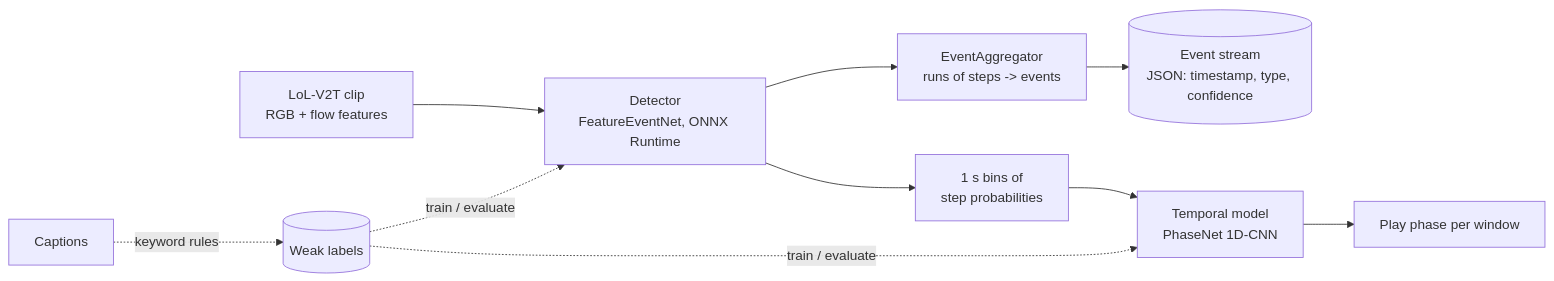
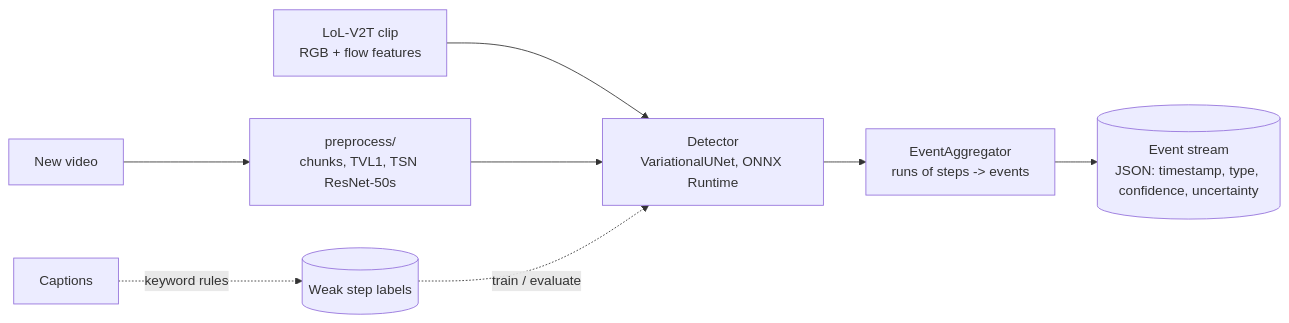
The diagram in docs/architecture.md (otoofim/video_event_detection), drawn with Mermaid before and after one commit. The commit also changed other lines of this file and 5 other files, not shown here.

First line of the commit message:
Step 5: docs and CI for the U-Net and the video path

````diff
--- a/docs/architecture.md
+++ b/docs/architecture.md
@@ -5,12 +5,9 @@
 ```mermaid
 flowchart LR
-  C[LoL-V2T clip<br/>RGB + flow features] --> D[Detector<br/>FeatureEventNet, ONNX Runtime]
+  C[LoL-V2T clip<br/>RGB + flow features] --> D[Detector<br/>VariationalUNet, ONNX Runtime]
+  V[New video] --> P[preprocess/<br/>chunks, TVL1, TSN ResNet-50s] --> D
   D --> A[EventAggregator<br/>runs of steps -> events]
-  A --> E[(Event stream<br/>JSON: timestamp, type, confidence)]
-  D --> B[1 s bins of<br/>step probabilities]
-  B --> T[Temporal model<br/>PhaseNet 1D-CNN]
-  T --> P[Play phase per window]
-  CAP[Captions] -.keyword rules.-> L[(Weak labels)]
+  A --> E[(Event stream<br/>JSON: timestamp, type, confidence, uncertainty)]
+  CAP[Captions] -.keyword rules.-> L[(Weak step labels)]
   L -.train / evaluate.-> D
-  L -.train / evaluate.-> T
 ```
````
